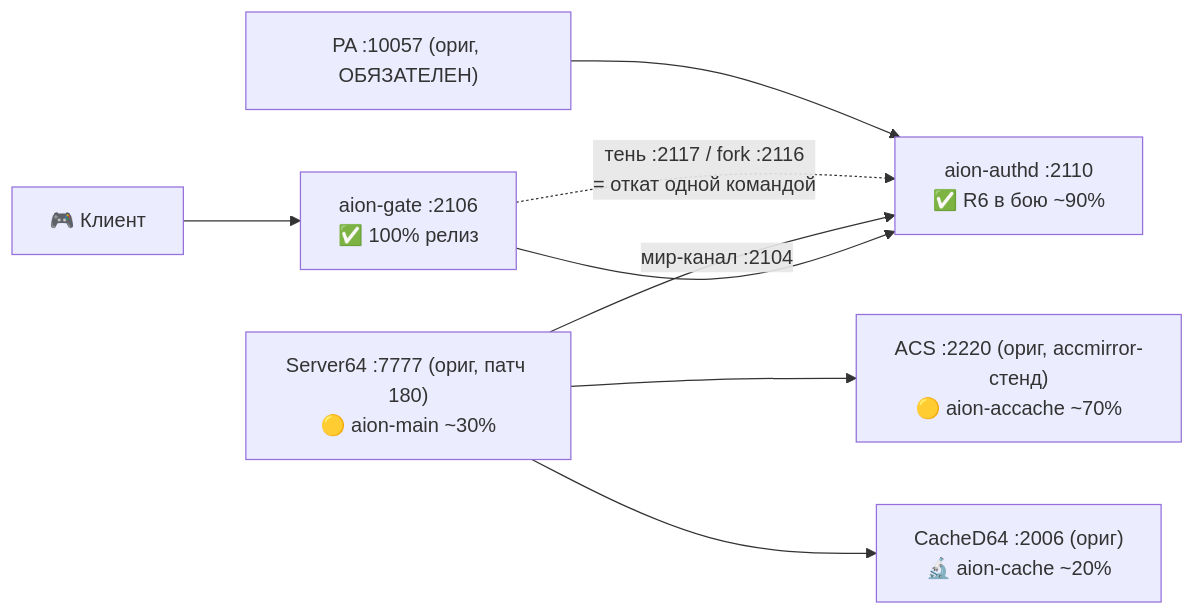
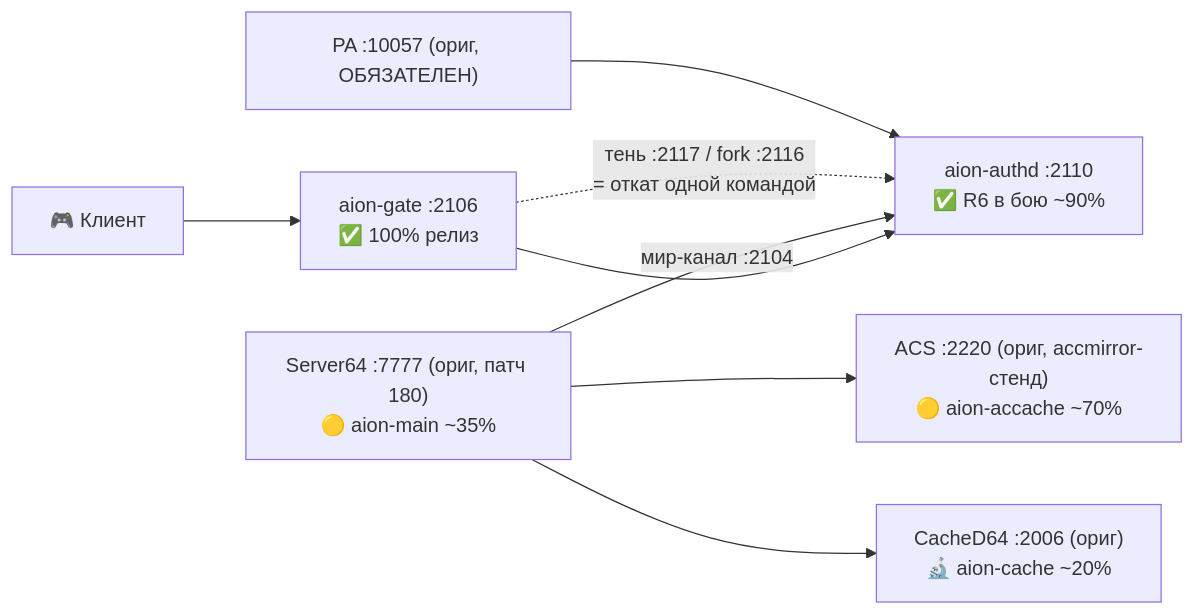
One commit to stelgen/AION-7.7-EUR-SERVER changed the first of 2 diagrams in nextgen/README.md. Above: the diagram before and after it, drawn with Mermaid. The commit also changed other lines of this file and 18 other files, not shown here.

````diff
--- a/nextgen/README.md
+++ b/nextgen/README.md
@@ -62,10 +62,10 @@
 ```mermaid
 flowchart LR
   C["🎮 Клиент"] --> G["aion-gate :2106<br/>✅ 100% релиз"]
   G --> A["aion-authd :2110<br/>✅ R6 в бою ~90%"]
-  W["Server64 :7777 (ориг, патч 180)<br/>🟡 aion-main ~30%"] -->|"мир-канал :2104"| A
+  W["Server64 :7777 (ориг, патч 180)<br/>🟡 aion-main ~35%"] -->|"мир-канал :2104"| A
   W --> ACS["ACS :2220 (ориг, accmirror-стенд)<br/>🟡 aion-accache ~70%"]
   W --> CD["CacheD64 :2006 (ориг)<br/>🔬 aion-cache ~20%"]
   G -. "тень :2117 / fork :2116<br/>= откат одной командой" .-> A
   PA["PA :10057 (ориг, ОБЯЗАТЕЛЕН)"] --> A
 ```
````
